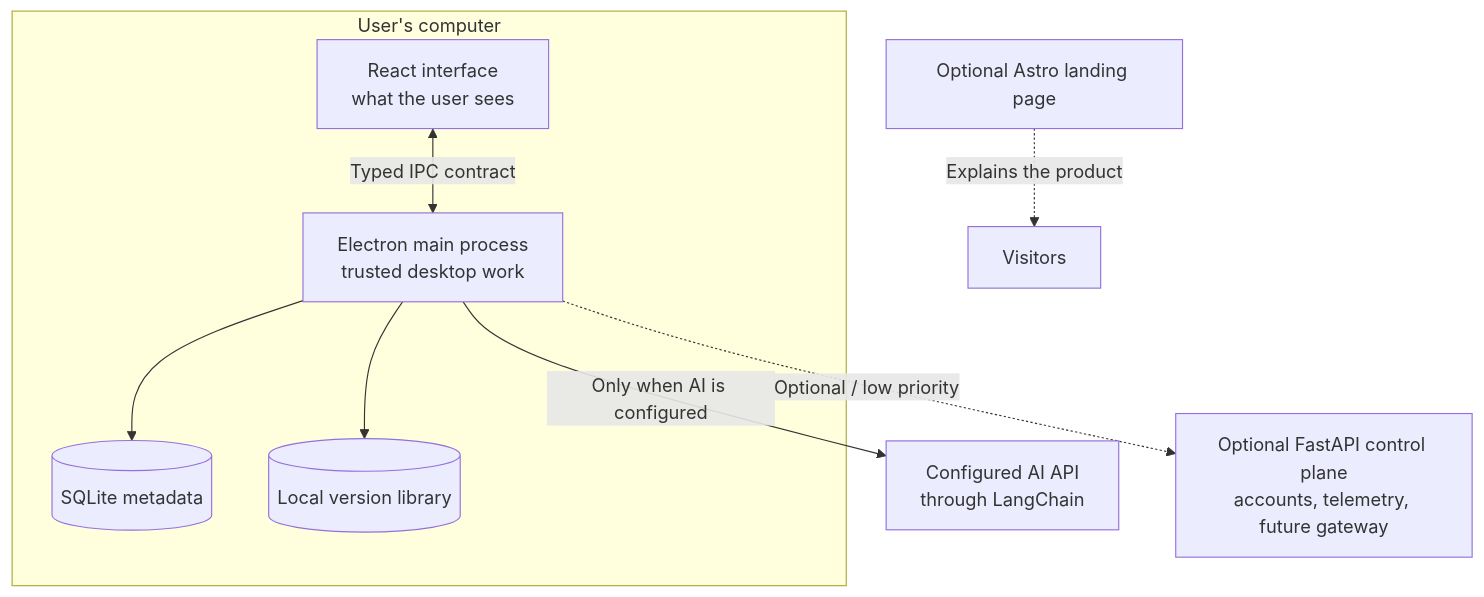
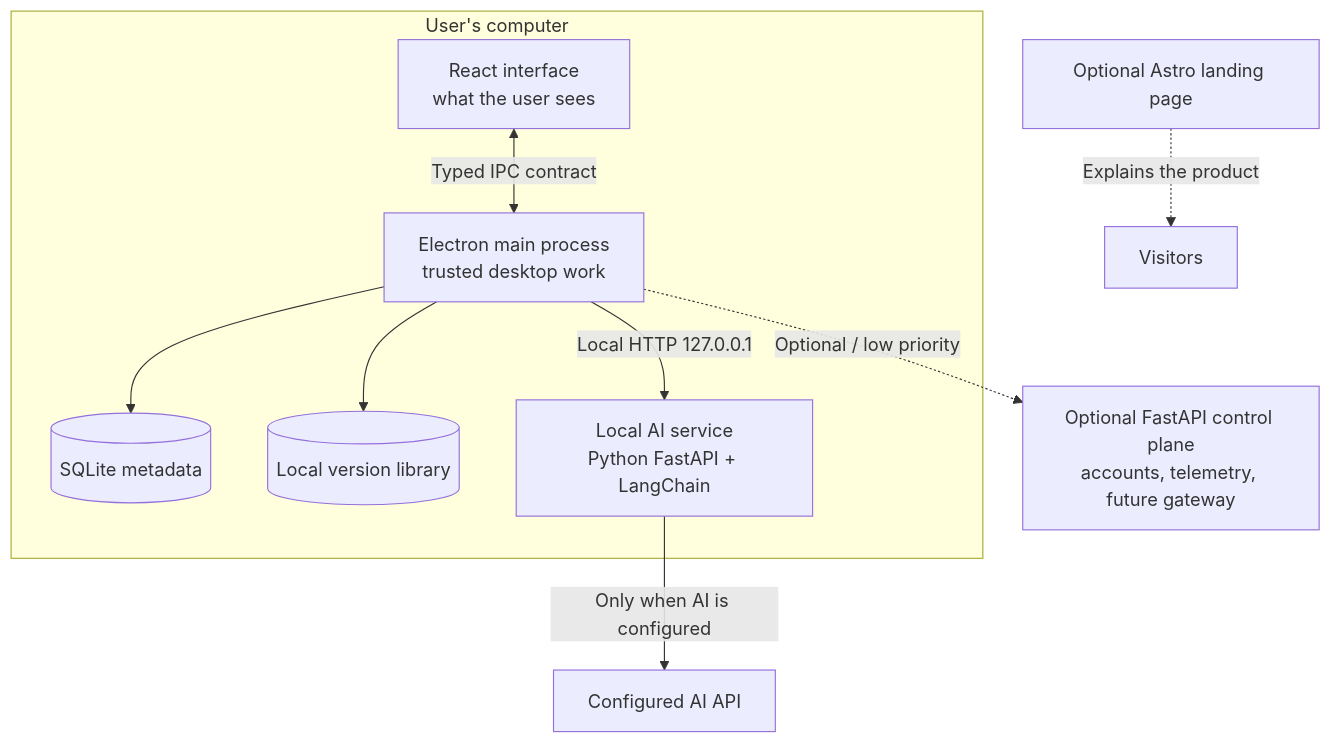
Before and after one commit to Santi-49/Chronicle: the second of 3 diagrams in docs/PROJECT_OVERVIEW.md, drawn with Mermaid. The commit also changed other lines of this file and 16 other files, not shown here.

````diff
--- a/docs/PROJECT_OVERVIEW.md
+++ b/docs/PROJECT_OVERVIEW.md
@@ -63,21 +65,24 @@
 ```mermaid
 flowchart TB
     subgraph Computer[User's computer]
         UI[React interface<br/>what the user sees]
         MAIN[Electron main process<br/>trusted desktop work]
         DB[(SQLite metadata)]
         LIB[(Local version library)]
 
+        AI[Local AI service<br/>Python FastAPI + LangChain]
+
         UI <-->|Typed IPC contract| MAIN
         MAIN --> DB
         MAIN --> LIB
+        MAIN -->|Local HTTP 127.0.0.1| AI
     end
 
-    PROVIDER[Configured AI API<br/>through LangChain]
+    PROVIDER[Configured AI API]
     CONTROL[Optional FastAPI control plane<br/>accounts, telemetry, future gateway]
     LANDING[Optional Astro landing page]
 
-    MAIN -->|Only when AI is configured| PROVIDER
+    AI -->|Only when AI is configured| PROVIDER
     MAIN -.->|Optional / low priority| CONTROL
     LANDING -.->|Explains the product| PEOPLE[Visitors]
 ```
````
